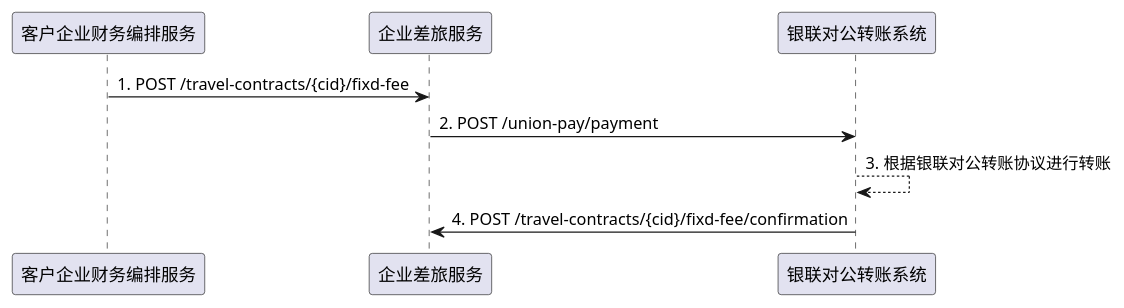
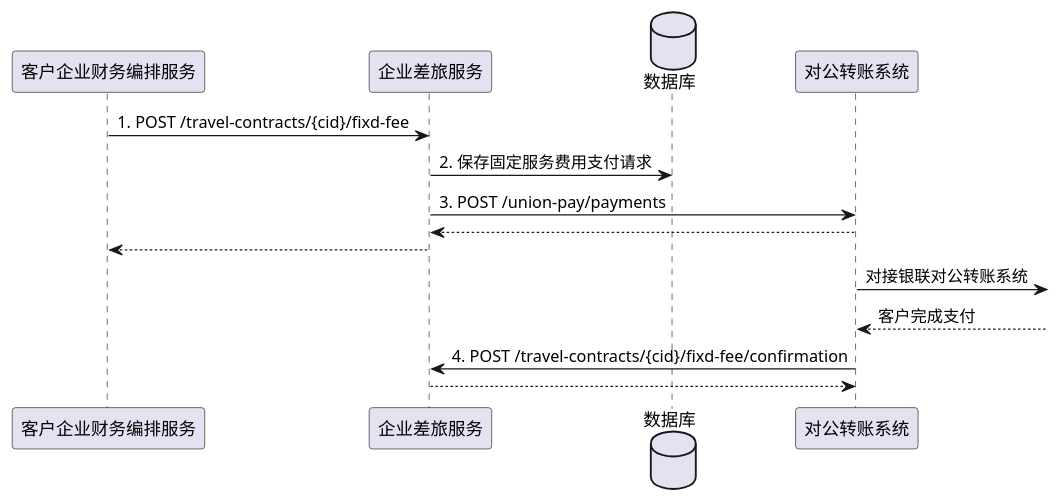
Before and after one commit to deesyx/heima: the diagram in images/CPbefore.wsd, drawn with PlantUML. The commit also changed 17 other files, not shown here.

```diff
--- a/images/CPbefore.wsd
+++ b/images/CPbefore.wsd
@@ -1,12 +1,18 @@
 @startuml
 
 participant 客户企业财务编排服务 as f
 participant 企业差旅服务 as t
-participant 银联对公转账系统 as u
+database 数据库 as db
+participant 对公转账系统 as u
 
 f -> t: 1. POST /travel-contracts/{cid}/fixd-fee
-t -> u: 2. POST /union-pay/payment
-u --> u: 3. 根据银联对公转账协议进行转账
+t -> db: 2. 保存固定服务费用支付请求
+t -> u: 3. POST /union-pay/payments
+u --> t
+t --> f
+u -> : 对接银联对公转账系统
+u <-- : 客户完成支付
 u -> t: 4. POST /travel-contracts/{cid}/fixd-fee/confirmation
+t --> u
 
 @enduml
```
